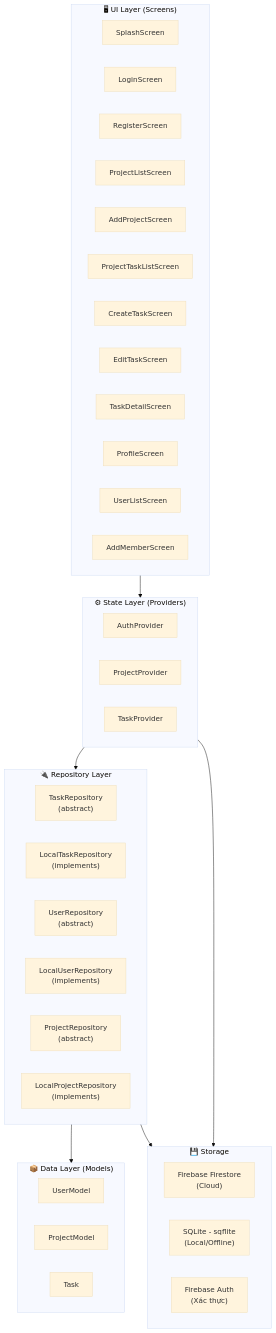
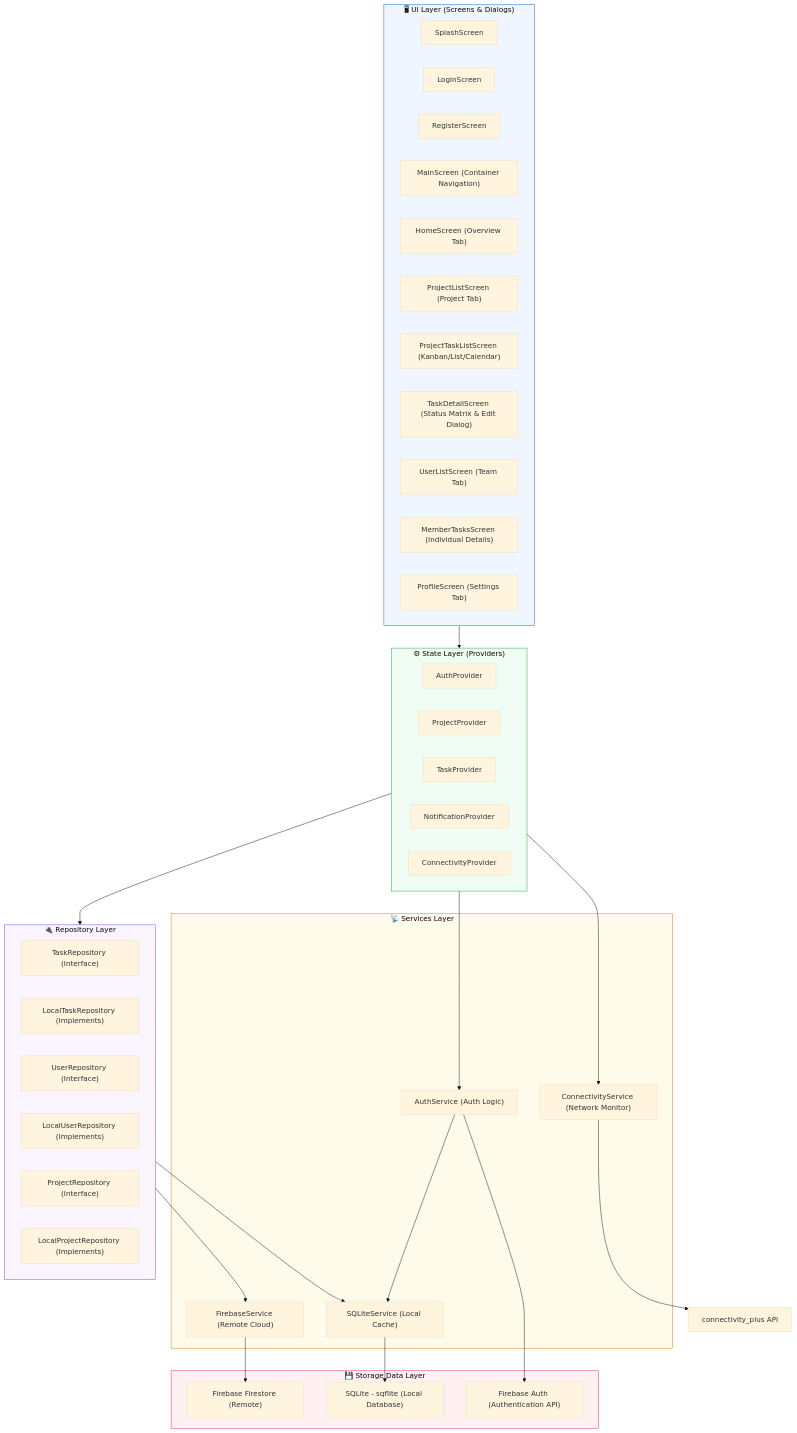
One commit to ttt-huong/TaskFlow_Huong_Thuong_Cuong_N03_1_2026 changed diagram 14 of 24 in docs/uml_va_luong_hoat_dong.md. Above: the diagram before and after it, drawn with Mermaid (base theme). The commit also changed other lines of this file and 3 other files, not shown here.

Commit message:
docs: redesign UML diagrams and add final course reports

````diff
--- a/docs/uml_va_luong_hoat_dong.md
+++ b/docs/uml_va_luong_hoat_dong.md
@@ -386,50 +582,64 @@
 ```mermaid
 flowchart TB
-    subgraph UI["🖥 UI Layer (Screens)"]
+    subgraph UI["🖥 UI Layer (Screens & Dialogs)"]
         S0["SplashScreen"]
         S1["LoginScreen"]
         S1a["RegisterScreen"]
-        S2["ProjectListScreen"]
-        S2a["AddProjectScreen"]
-        S3["ProjectTaskListScreen"]
-        S3a["CreateTaskScreen"]
-        S3b["EditTaskScreen"]
-        S4["TaskDetailScreen"]
-        S5["ProfileScreen"]
-        S6["UserListScreen"]
-        S7["AddMemberScreen"]
+        S2["MainScreen (Container Navigation)"]
+        S3["HomeScreen (Overview Tab)"]
+        S4["ProjectListScreen (Project Tab)"]
+        S5["ProjectTaskListScreen (Kanban/List/Calendar)"]
+        S6["TaskDetailScreen (Status Matrix & Edit Dialog)"]
+        S7["UserListScreen (Team Tab)"]
+        S8["MemberTasksScreen (Individual Details)"]
+        S9["ProfileScreen (Settings Tab)"]
     end
 
     subgraph State["⚙ State Layer (Providers)"]
         P1["AuthProvider"]
         P2["ProjectProvider"]
         P3["TaskProvider"]
+        P4["NotificationProvider"]
+        P5["ConnectivityProvider"]
     end
 
     subgraph Repo["🔌 Repository Layer"]
-        R1["TaskRepository\n(abstract)"]
-        R2["LocalTaskRepository\n(implements)"]
-        R3["UserRepository\n(abstract)"]
-        R4["LocalUserRepository\n(implements)"]
-        R5["ProjectRepository\n(abstract)"]
-        R6["LocalProjectRepository\n(implements)"]
+        R1["TaskRepository (Interface)"]
+        R2["LocalTaskRepository (Implements)"]
+        R3["UserRepository (Interface)"]
+        R4["LocalUserRepository (Implements)"]
+        R5["ProjectRepository (Interface)"]
+        R6["LocalProjectRepository (Implements)"]
     end
 
-    subgraph Data["📦 Data Layer (Models)"]
-        M1["UserModel"]
-        M2["ProjectModel"]
-        M3["Task"]
+    subgraph Serv["📡 Services Layer"]
+        SV1["AuthService (Auth Logic)"]
+        SV2["SQLiteService (Local Cache)"]
+        SV3["FirebaseService (Remote Cloud)"]
+        SV4["ConnectivityService (Network Monitor)"]
     end
 
-    subgraph Storage["💾 Storage"]
-        FB["Firebase Firestore\n(Cloud)"]
-        SQ["SQLite - sqflite\n(Local/Offline)"]
-        FA["Firebase Auth\n(Xác thực)"]
+    subgraph Storage["💾 Storage Data Layer"]
+        FB["Firebase Firestore (Remote)"]
+        SQ["SQLite - sqflite (Local Database)"]
+        FA["Firebase Auth (Authentication API)"]
     end
 
     UI --> State
     State --> Repo
-    Repo --> Data
-    Repo --> Storage
-    State --> Storage
+    State --> SV1
+    State --> SV4
+    Repo --> SV2
+    Repo --> SV3
+    SV1 --> SV2
+    SV3 --> FB
+    SV2 --> SQ
+    SV1 --> FA
+    SV4 --> SV4_PL["connectivity_plus API"]
+
+    style UI fill:#eff6ff,stroke:#1d4ed8
+    style State fill:#f0fdf4,stroke:#16a34a
+    style Repo fill:#faf5ff,stroke:#7c3aed
+    style Serv fill:#fffbeb,stroke:#d97706
+    style Storage fill:#fff1f2,stroke:#e11d48
 ```
````
